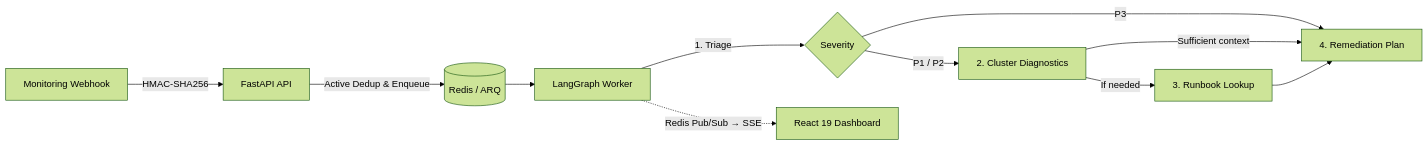
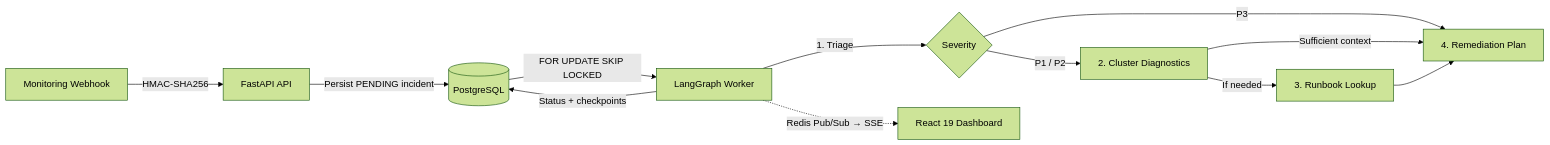
The diagram in README.md (va18hav/Autage), drawn with Mermaid (forest theme) before and after one commit. The commit also changed other lines of this file and 1 other file, not shown here.

First line of the commit message:
docs: document Postgres worker and checkpoint recovery

````diff
--- a/README.md
+++ b/README.md
@@ -22,13 +22,14 @@
 ```mermaid
 flowchart LR
     A[Monitoring Webhook] -->|HMAC-SHA256| B[FastAPI API]
-    B -->|Active Dedup & Enqueue| C[(Redis / ARQ)]
-    C --> D[LangGraph Worker]
+    B -->|Persist PENDING incident| C[(PostgreSQL)]
+    C -->|FOR UPDATE SKIP LOCKED| D[LangGraph Worker]
+    D -->|Status + checkpoints| C
     D -->|1. Triage| E{Severity}
     E -->|P1 / P2| F[2. Cluster Diagnostics]
     E -->|P3| H[4. Remediation Plan]
     F -->|If needed| G[3. Runbook Lookup]
     F -->|Sufficient context| H
     G --> H
     D -.->|Redis Pub/Sub → SSE| I[React 19 Dashboard]
 ```
````
